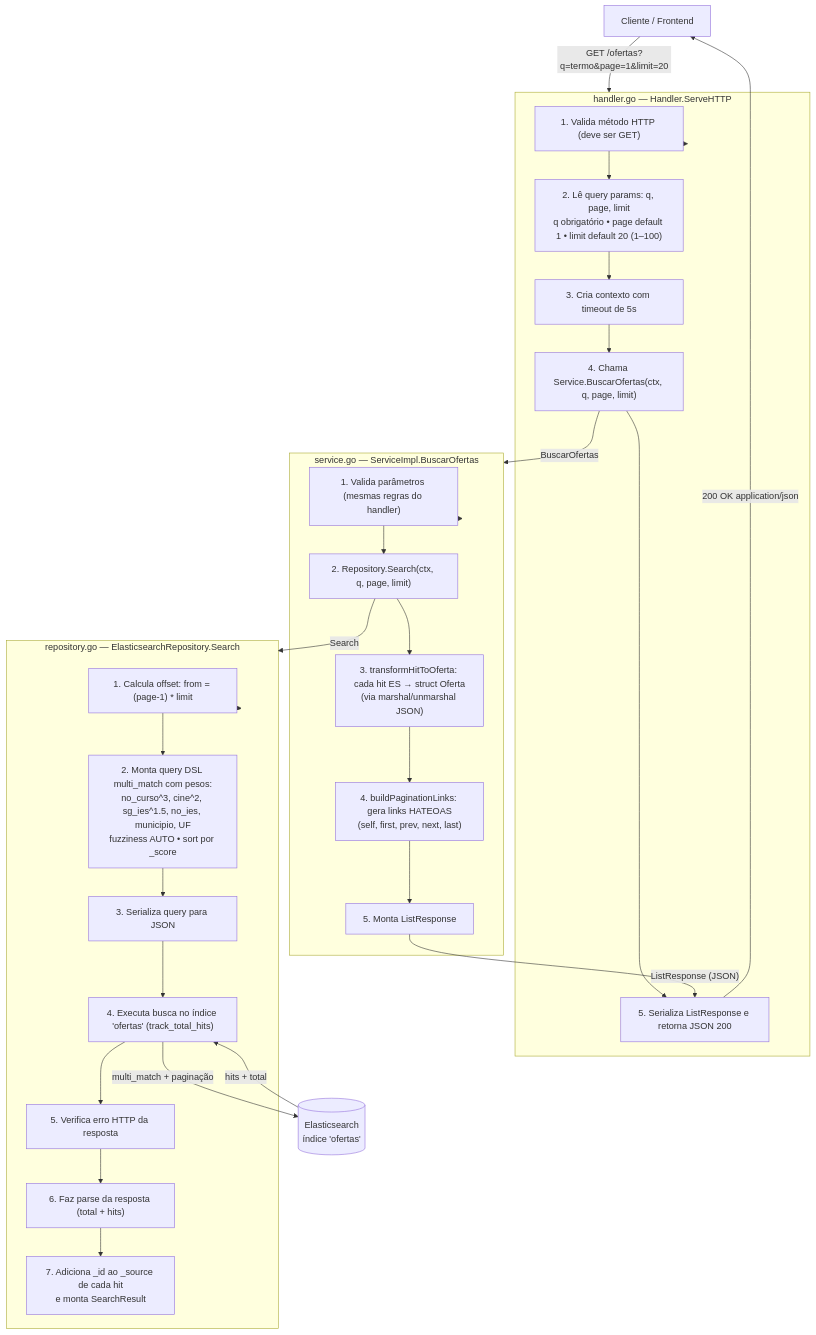
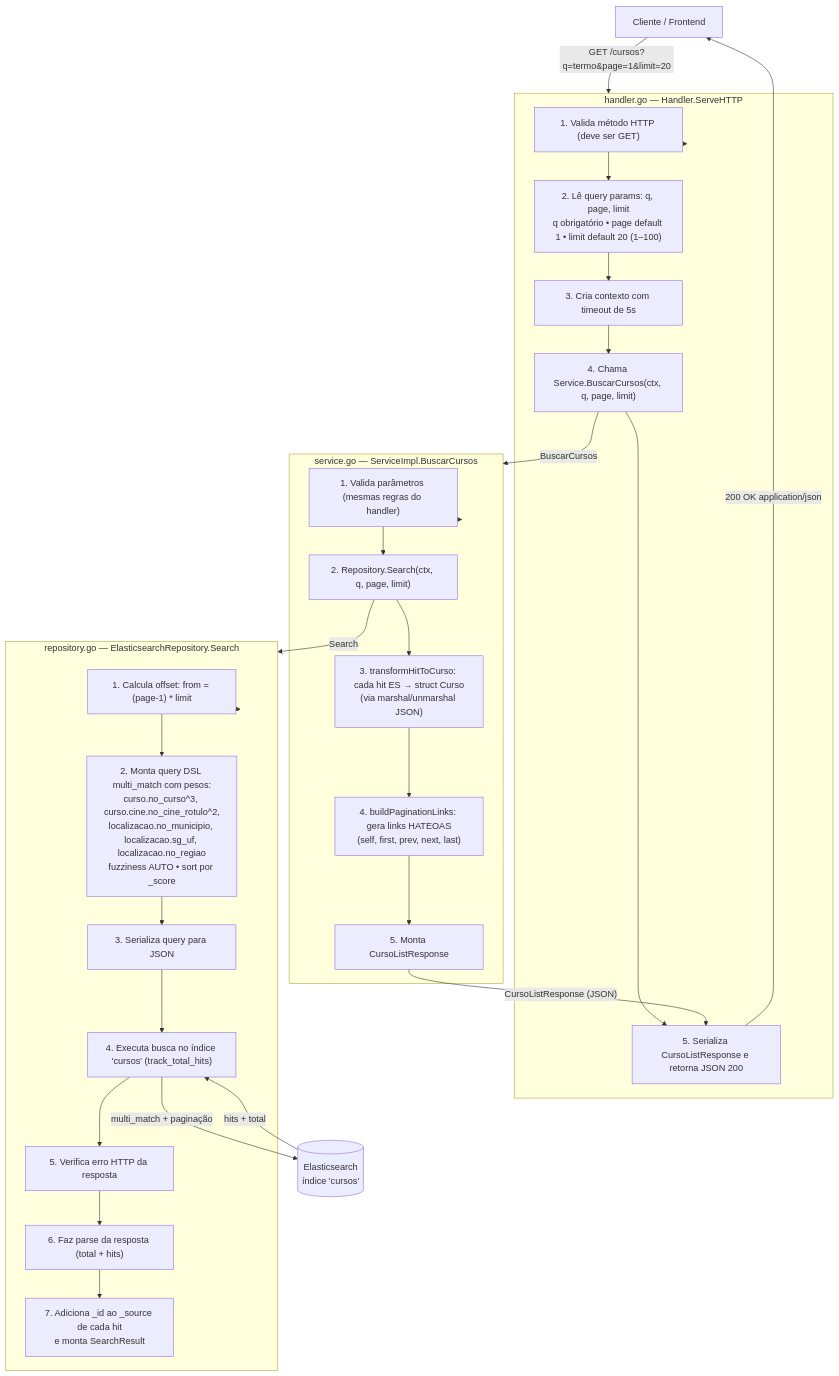
Before and after one commit to souciencia/sou_estudante: the first of 3 diagrams in docs/diagramas/api.md, drawn with Mermaid. The commit also changed other lines of this file and 7 other files, not shown here.

````diff
--- a/docs/diagramas/api.md
+++ b/docs/diagramas/api.md
@@ -7,45 +7,45 @@
 ```mermaid
 flowchart TD
-    Client[Cliente / Frontend] -->|"GET /ofertas?q=termo&page=1&limit=20"| Handler
+    Client[Cliente / Frontend] -->|"GET /cursos?q=termo&page=1&limit=20"| Handler
 
     subgraph Handler["handler.go — Handler.ServeHTTP"]
         H1["1. Valida método HTTP (deve ser GET)"]
         H2["2. Lê query params: q, page, limit<br/>q obrigatório • page default 1 • limit default 20 (1–100)"]
         H3["3. Cria contexto com timeout de 5s"]
-        H4["4. Chama Service.BuscarOfertas(ctx, q, page, limit)"]
-        H5["5. Serializa ListResponse e retorna JSON 200"]
+        H4["4. Chama Service.BuscarCursos(ctx, q, page, limit)"]
+        H5["5. Serializa CursoListResponse e retorna JSON 200"]
     end
 
     Handler --> H1 --> H2 --> H3 --> H4 --> H5
 
-    H4 -->|"BuscarOfertas"| Service
+    H4 -->|"BuscarCursos"| Service
 
-    subgraph Service["service.go — ServiceImpl.BuscarOfertas"]
+    subgraph Service["service.go — ServiceImpl.BuscarCursos"]
         S1["1. Valida parâmetros (mesmas regras do handler)"]
         S2["2. Repository.Search(ctx, q, page, limit)"]
-        S3["3. transformHitToOferta: cada hit ES → struct Oferta<br/>(via marshal/unmarshal JSON)"]
+        S3["3. transformHitToCurso: cada hit ES → struct Curso<br/>(via marshal/unmarshal JSON)"]
         S4["4. buildPaginationLinks: gera links HATEOAS<br/>(self, first, prev, next, last)"]
-        S5["5. Monta ListResponse"]
+        S5["5. Monta CursoListResponse"]
     end
 
     Service --> S1 --> S2 --> S3 --> S4 --> S5
 
     S2 -->|"Search"| Repository
 
     subgraph Repository["repository.go — ElasticsearchRepository.Search"]
         R1["1. Calcula offset: from = (page-1) * limit"]
-        R2["2. Monta query DSL multi_match com pesos:<br/>no_curso^3, cine^2, sg_ies^1.5, no_ies, municipio, UF<br/>fuzziness AUTO • sort por _score"]
+        R2["2. Monta query DSL multi_match com pesos:<br/>curso.no_curso^3, curso.cine.no_cine_rotulo^2,<br/>localizacao.no_municipio, localizacao.sg_uf, localizacao.no_regiao<br/>fuzziness AUTO • sort por _score"]
         R3["3. Serializa query para JSON"]
-        R4["4. Executa busca no índice 'ofertas' (track_total_hits)"]
+        R4["4. Executa busca no índice 'cursos' (track_total_hits)"]
         R5["5. Verifica erro HTTP da resposta"]
         R6["6. Faz parse da resposta (total + hits)"]
         R7["7. Adiciona _id ao _source de cada hit<br/>e monta SearchResult"]
     end
 
     Repository --> R1 --> R2 --> R3 --> R4 --> R5 --> R6 --> R7
-    R4 -->|"multi_match + paginação"| ES[(Elasticsearch<br/>índice 'ofertas')]
+    R4 -->|"multi_match + paginação"| ES[(Elasticsearch<br/>índice 'cursos')]
     ES -->|"hits + total"| R4
 
-    S5 -->|"ListResponse (JSON)"| H5
+    S5 -->|"CursoListResponse (JSON)"| H5
     H5 -->|"200 OK application/json"| Client
 ```
````
